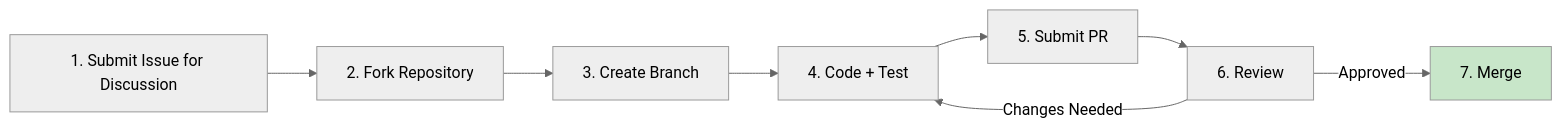
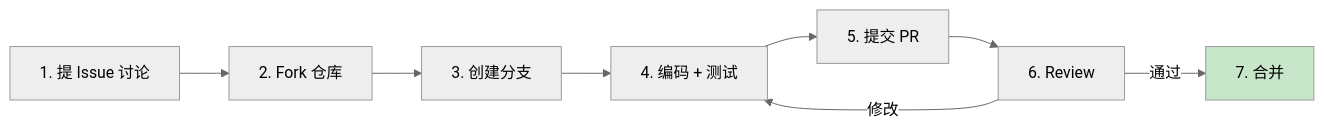
The diagram in templates/Common/Template-CONTRIBUTING.md (Kirky-X/cangjie), drawn with Mermaid (neutral theme) before and after one commit. The commit also changed other lines of this file and 33 other files, not shown here.

````diff
--- a/templates/Common/Template-CONTRIBUTING.md
+++ b/templates/Common/Template-CONTRIBUTING.md
@@ -65,11 +65,11 @@
 ```mermaid
 flowchart LR
-    A[1. Submit Issue for Discussion] --> B[2. Fork Repository]
-    B --> C[3. Create Branch]
-    C --> D[4. Code + Test]
-    D --> E[5. Submit PR]
+    A[1. 提 Issue 讨论] --> B[2. Fork 仓库]
+    B --> C[3. 创建分支]
+    C --> D[4. 编码 + 测试]
+    D --> E[5. 提交 PR]
     E --> F[6. Review]
-    F -->|Approved| G[7. Merge]
-    F -->|Changes Needed| D
+    F -->|通过| G[7. 合并]
+    F -->|修改| D
     style G fill:#c8e6c9
 ```
````
